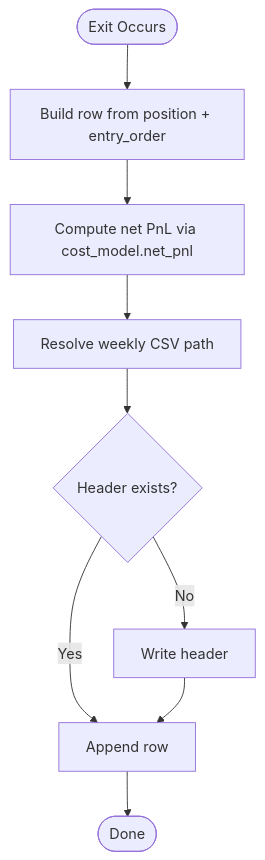
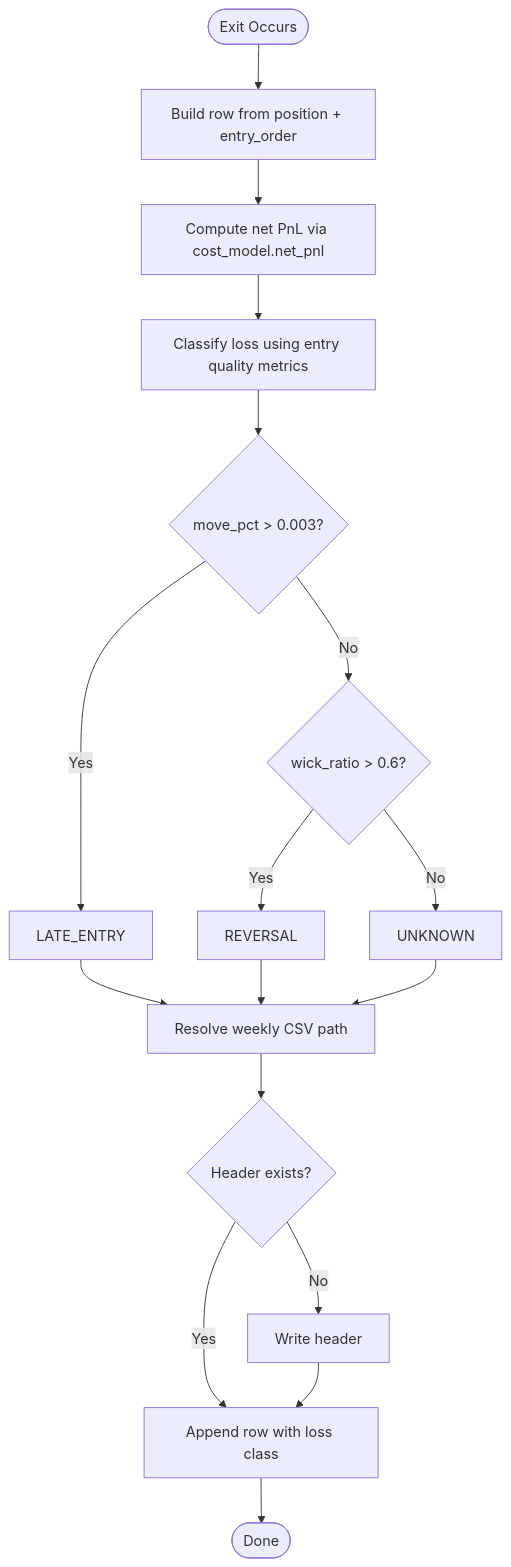
The third of 6 diagrams in .qoder/repowiki/en/content/Monitoring and Analytics/Trade Journaling.md (tauqeersiddiqui-art/tradingsystem), drawn with Mermaid before and after one commit. The commit also changed other lines of this file and 71 other files, not shown here.

Commit message:
Add rejection-first entry quality filters, entry-quality ML target with fail-hard pipeline, post-trade loss classification, and reproducible Phase-8 backtest

````diff
--- a/.qoder/repowiki/en/content/Monitoring and Analytics/Trade Journaling.md
+++ b/.qoder/repowiki/en/content/Monitoring and Analytics/Trade Journaling.md
@@ -123,11 +145,19 @@
 ```mermaid
 flowchart TD
 Start(["Exit Occurs"]) --> BuildRow["Build row from position + entry_order"]
 BuildRow --> NetPnL["Compute net PnL via cost_model.net_pnl"]
-NetPnL --> WeekPath["Resolve weekly CSV path"]
+NetPnL --> ClassifyLoss["Classify loss using entry quality metrics"]
+ClassifyLoss --> LATE_ENTRY{"move_pct > 0.003?"}
+LATE_ENTRY --> |Yes| LATE_CLASS["LATE_ENTRY"]
+LATE_ENTRY --> |No| WICK_CHECK{"wick_ratio > 0.6?"}
+WICK_CHECK --> |Yes| REVERSAL_CLASS["REVERSAL"]
+WICK_CHECK --> |No| UNKNOWN_CLASS["UNKNOWN"]
+LATE_CLASS --> WeekPath["Resolve weekly CSV path"]
+REVERSAL_CLASS --> WeekPath
+UNKNOWN_CLASS --> WeekPath
 WeekPath --> EnsureHeader{"Header exists?"}
 EnsureHeader --> |No| WriteHeader["Write header"]
-EnsureHeader --> |Yes| AppendRow["Append row"]
+EnsureHeader --> |Yes| AppendRow["Append row with loss class"]
 WriteHeader --> AppendRow
 AppendRow --> End(["Done"])
 ```
````
